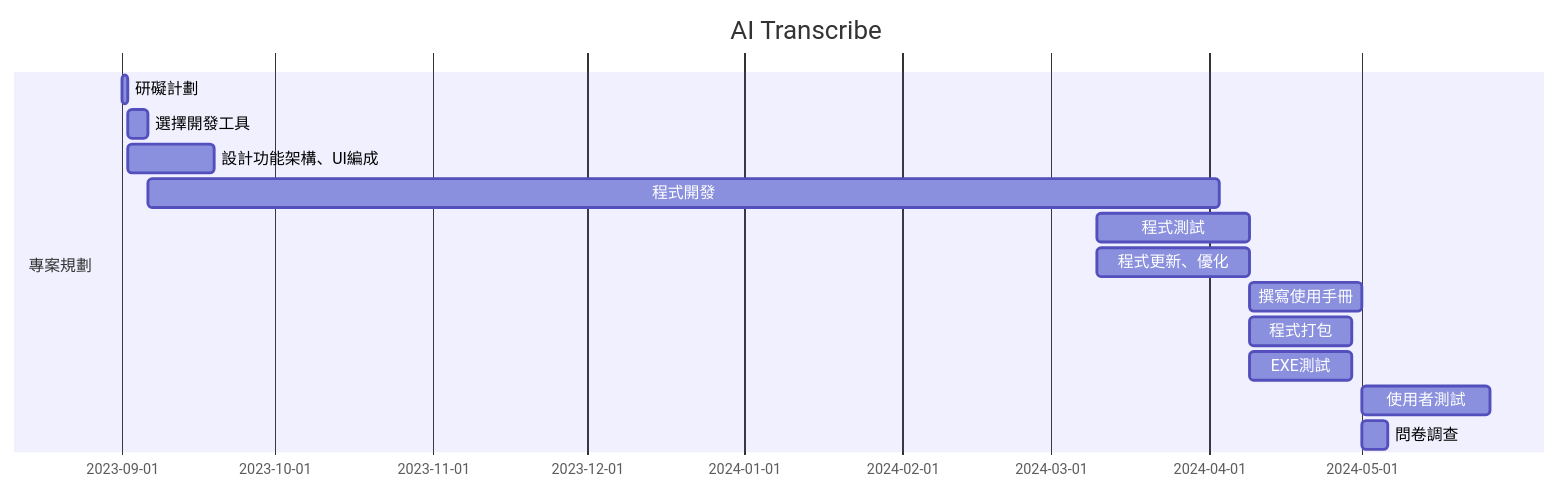
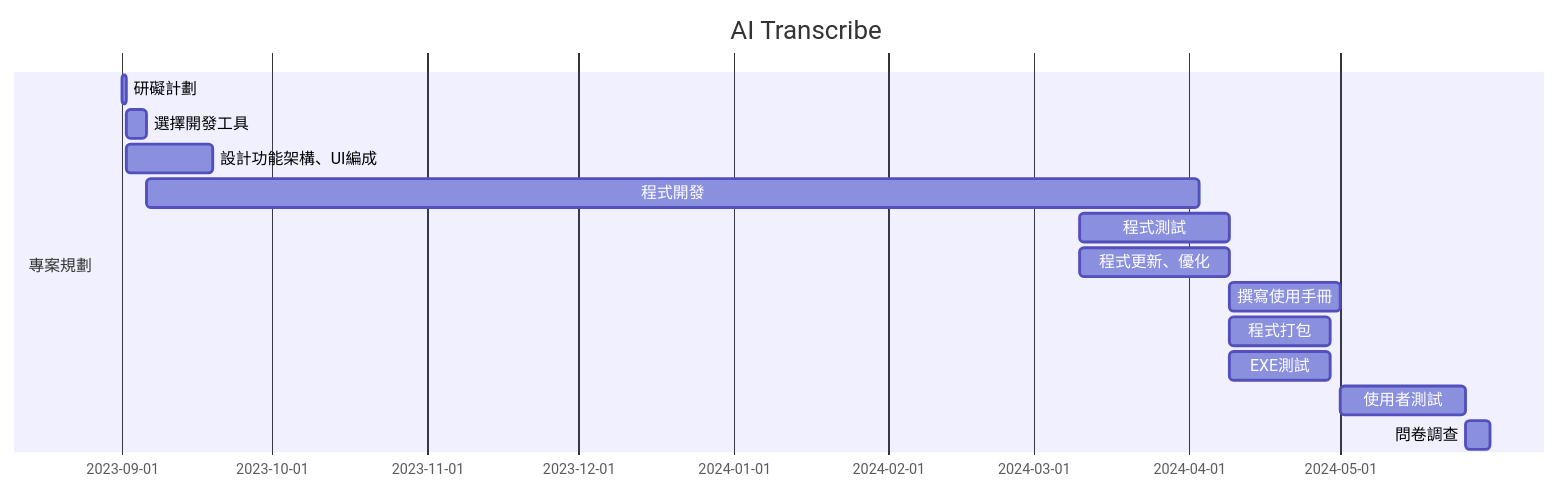
Before and after one commit to MITC110118132/23a: the third of 4 diagrams in hw2.md, drawn with Mermaid.

````diff
--- a/hw2.md
+++ b/hw2.md
@@ -34,17 +34,17 @@
 ```mermaid
 gantt
     title AI Transcribe
 
     section 專案規劃
     研礙計劃           :a1, 2023-09-01, 1d
     選擇開發工具       :a2, after a1  , 4d
     設計功能架構、UI編成  :a3, after a1  , 17d
     程式開發           :a4, after a2  , 210d
     程式測試           :a5, 2024-03-10  , 30d
     程式更新、優化      :a6, 2024-03-10  , 30d
     撰寫使用手冊       :a7, after a6  , 22d
     程式打包           :a8, after a6  , 20d
     EXE測試            :a9, after a6  , 20d
     使用者測試         :a10, 2024-05-01  , 25d
-    問卷調查           :a11, 2024-05-01 , 5d
+    問卷調查           :a11, after a10 , 5d
 ```
````
